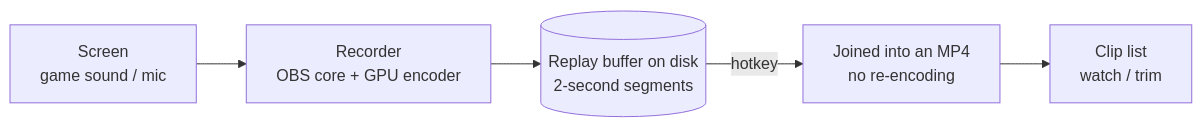
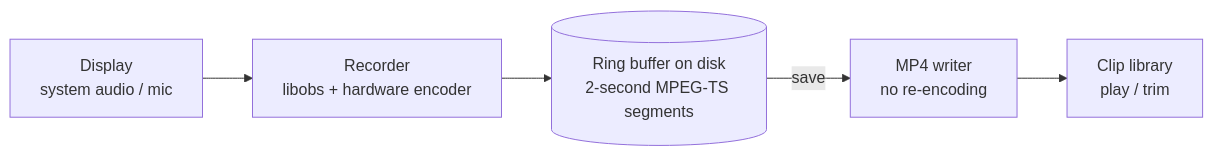
Before and after one commit to Lunafreya123/ReplayClipper: the diagram in README.en.md, drawn with Mermaid. The commit also changed other lines of this file and 1 other file, not shown here.

````diff
--- a/README.en.md
+++ b/README.en.md
@@ -103,7 +106,7 @@
 ```mermaid
 flowchart LR
-    A["Screen<br>game sound / mic"] --> B["Recorder<br>OBS core + GPU encoder"]
-    B --> C[("Replay buffer on disk<br>2-second segments")]
-    C -- "hotkey" --> D["Joined into an MP4<br>no re-encoding"]
-    D --> E["Clip list<br>watch / trim"]
+    A["Display<br>system audio / mic"] --> B["Recorder<br>libobs + hardware encoder"]
+    B --> C[("Ring buffer on disk<br>2-second MPEG-TS segments")]
+    C -- "save" --> D["MP4 writer<br>no re-encoding"]
+    D --> E["Clip library<br>play / trim"]
 ```
````
